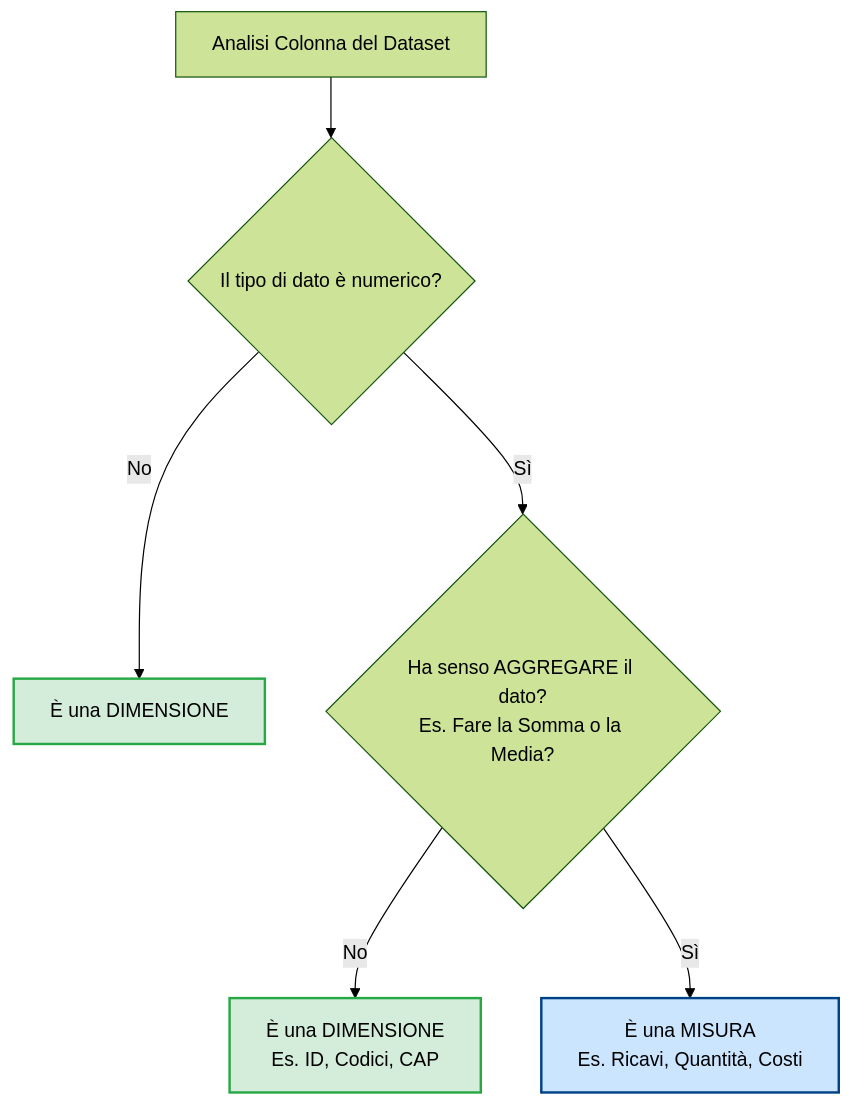
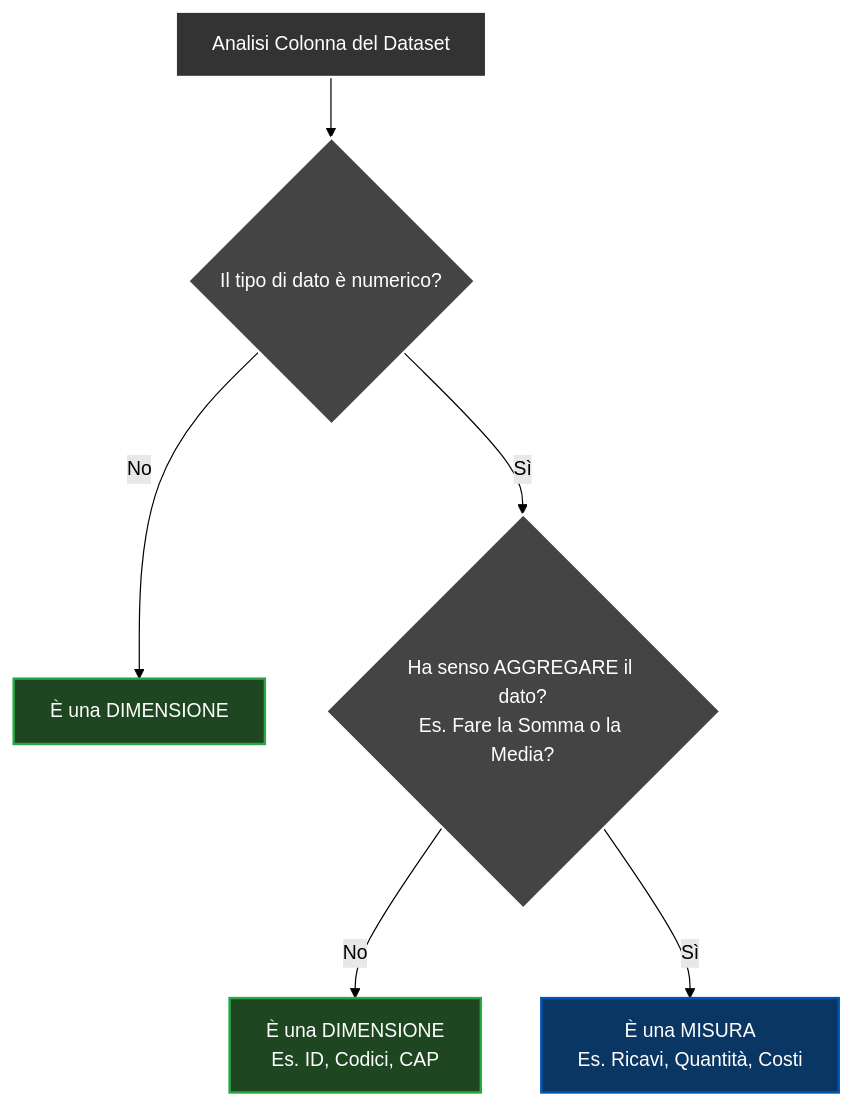
One commit to dBKenomo/Clone_Progetto_Portfolio changed the diagram in docs/08_Analisi_EDA.md. Above: the diagram before and after it, drawn with Mermaid (forest theme).

Commit message:
Update : Modificato grafico nota Analisi EDA

````diff
--- a/docs/08_Analisi_EDA.md
+++ b/docs/08_Analisi_EDA.md
@@ -21,18 +21,20 @@
 ```mermaid
     graph TD
     A[Analisi Colonna del Dataset] --> B{Il tipo di dato è numerico?}
-    
+    style A fill:#333333,stroke:#ffffff,stroke-width:2px,color:#ffffff
+    style B fill:#444444,stroke:#ffffff,stroke-width:2px,color:#ffffff
+
     %% Caso: NON è un numero
     B -- No --> C[È una DIMENSIONE]
-    style C fill:#d4edda,stroke:#28a745,stroke-width:2px
+    style C fill:#1e4620,stroke:#28a745,stroke-width:2px,color:#ffffff
     
     %% Caso: È un numero
     B -- Sì --> D{Ha senso AGGREGARE il dato?<br>Es. Fare la Somma o la Media?}
-    
+    style D fill:#444444,stroke:#ffffff,stroke-width:2px,color:#ffffff
+
     %% Risposta al senso di aggregare
     D -- No --> E[È una DIMENSIONE<br>Es. ID, Codici, CAP]
     D -- Sì --> F[È una MISURA<br>Es. Ricavi, Quantità, Costi]
-    
-    style E fill:#d4edda,stroke:#28a745,stroke-width:2px
-    style F fill:#cce5ff,stroke:#004085,stroke-width:2px
+    style E fill:#1e4620,stroke:#28a745,stroke-width:2px,color:#ffffff
+    style F fill:#0a3663,stroke:#0056b3,stroke-width:2px,color:#ffffff
 ```
````
